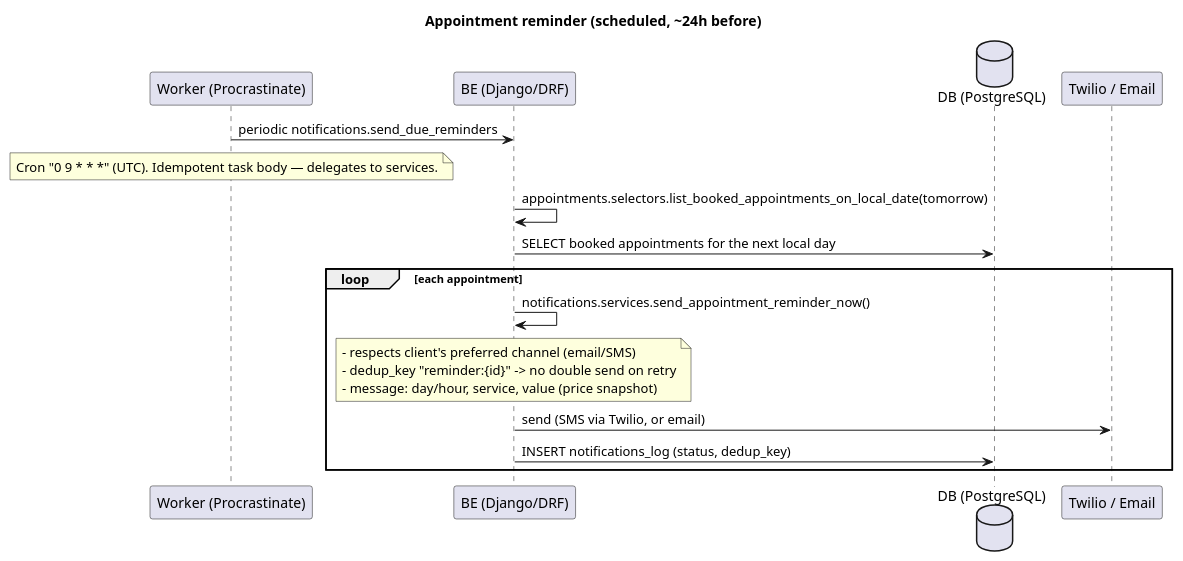
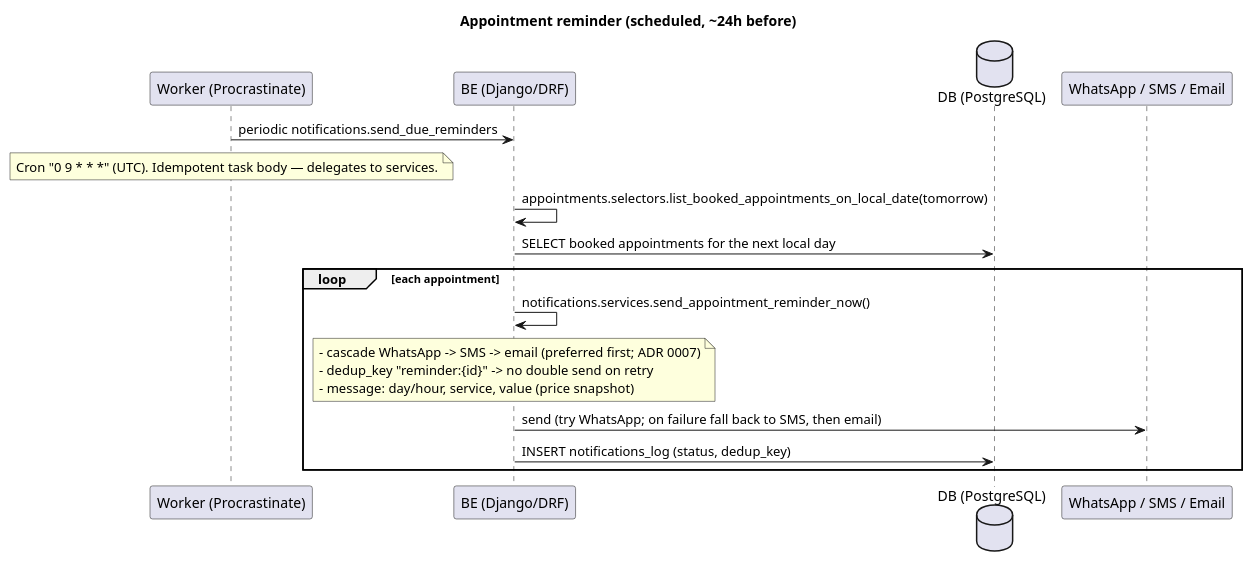
The diagram in docs/flows/appointment-reminder.puml (diogomaia00/beautystudio), drawn with PlantUML before and after one commit. The commit also changed 7 other files, not shown here.

Commit message:
doc: added new flows

```diff
--- a/docs/flows/appointment-reminder.puml
+++ b/docs/flows/appointment-reminder.puml
@@ -1,25 +1,25 @@
 @startuml
 title Appointment reminder (scheduled, ~24h before)
 
 participant "Worker (Procrastinate)" as Worker
 participant "BE (Django/DRF)" as BE
 database "DB (PostgreSQL)" as DB
-participant "Twilio / Email" as Channel
+participant "WhatsApp / SMS / Email" as Channel
 
 Worker -> BE : periodic notifications.send_due_reminders
 note over Worker
   Cron "0 9 * * *" (UTC). Idempotent task body — delegates to services.
 end note
 BE -> BE : appointments.selectors.list_booked_appointments_on_local_date(tomorrow)
 BE -> DB : SELECT booked appointments for the next local day
 loop each appointment
   BE -> BE : notifications.services.send_appointment_reminder_now()
   note over BE
-    - respects client's preferred channel (email/SMS)
+    - cascade WhatsApp -> SMS -> email (preferred first; ADR 0007)
     - dedup_key "reminder:{id}" -> no double send on retry
     - message: day/hour, service, value (price snapshot)
   end note
-  BE -> Channel : send (SMS via Twilio, or email)
+  BE -> Channel : send (try WhatsApp; on failure fall back to SMS, then email)
   BE -> DB : INSERT notifications_log (status, dedup_key)
 end
 @enduml
```
